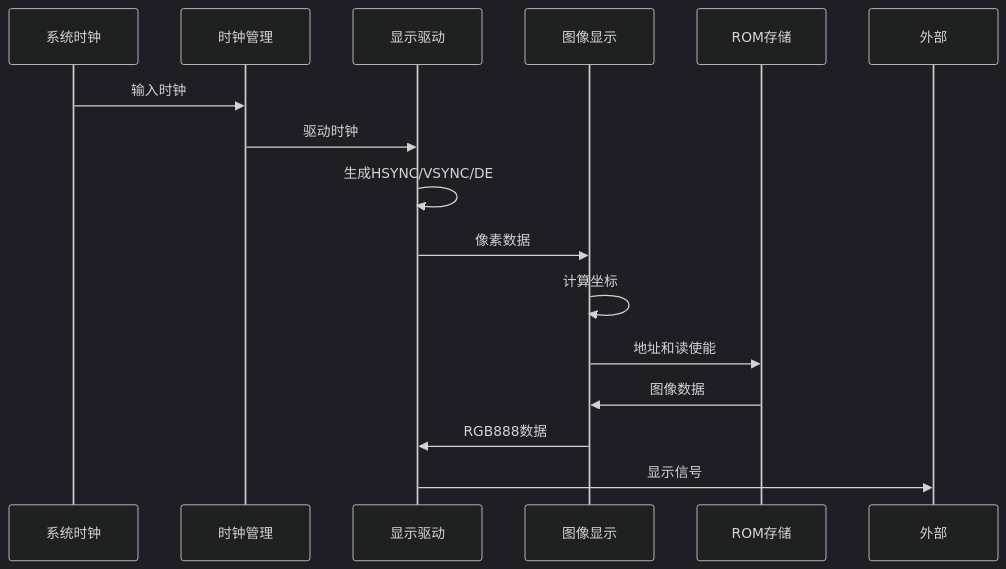
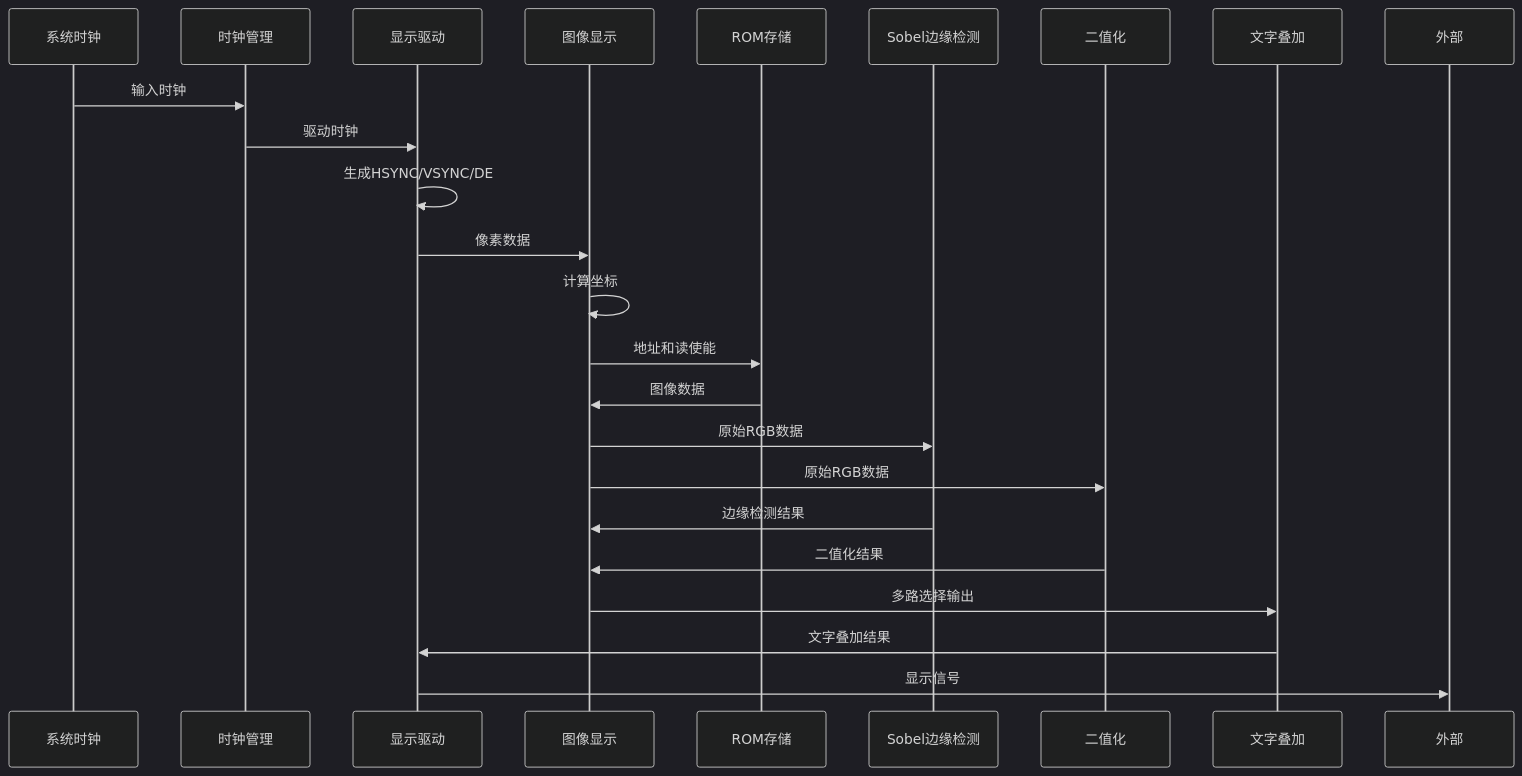
One commit to soupherexd/LCD_ROM_PIC changed diagram 13 of 13 in .qoder/repowiki/zh/content/系统架构/显示驱动系统.md. Above: the diagram before and after it, drawn with Mermaid (dark theme). The commit also changed other lines of this file and 5 other files, not shown here.

````diff
--- a/.qoder/repowiki/zh/content/系统架构/显示驱动系统.md
+++ b/.qoder/repowiki/zh/content/系统架构/显示驱动系统.md
@@ -312,17 +470,25 @@
 ```mermaid
 sequenceDiagram
 participant SYS as 系统时钟
 participant PLL as 时钟管理
 participant DRV as 显示驱动
 participant DSP as 图像显示
 participant ROM as ROM存储
+participant SOBEL as Sobel边缘检测
+participant BINARY as 二值化
+participant TEXT as 文字叠加
 SYS->>PLL : 输入时钟
 PLL->>DRV : 驱动时钟
 DRV->>DRV : 生成HSYNC/VSYNC/DE
 DRV->>DSP : 像素数据
 DSP->>DSP : 计算坐标
 DSP->>ROM : 地址和读使能
 ROM->>DSP : 图像数据
-DSP->>DRV : RGB888数据
+DSP->>SOBEL : 原始RGB数据
+DSP->>BINARY : 原始RGB数据
+SOBEL->>DSP : 边缘检测结果
+BINARY->>DSP : 二值化结果
+DSP->>TEXT : 多路选择输出
+TEXT->>DRV : 文字叠加结果
 DRV->>外部 : 显示信号
 ```
````
